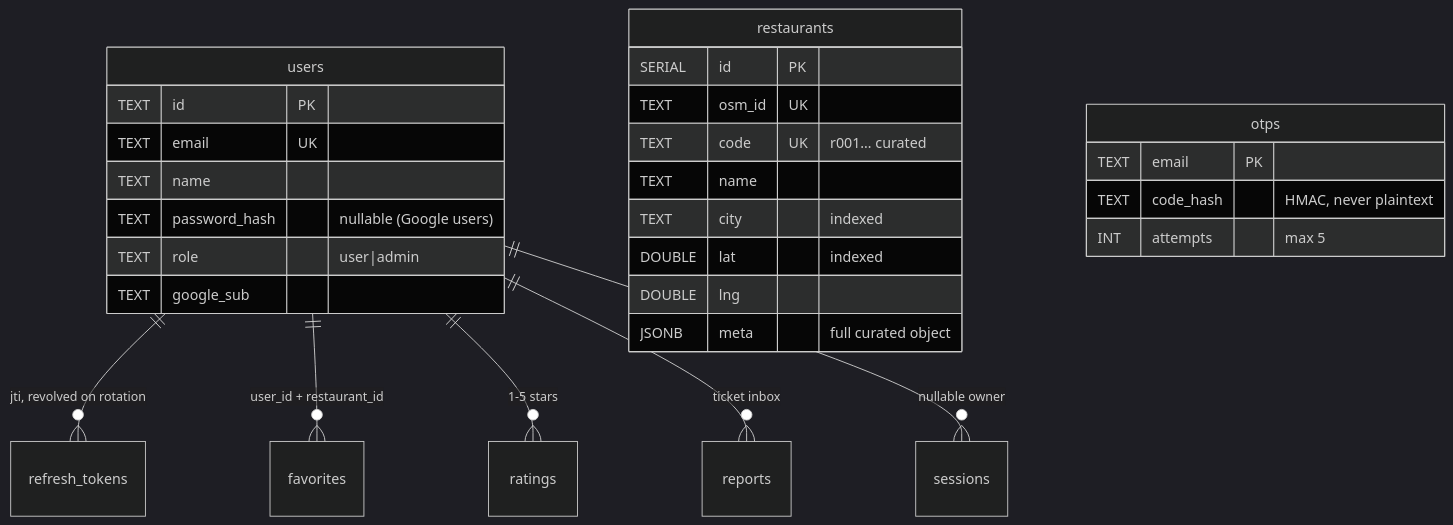
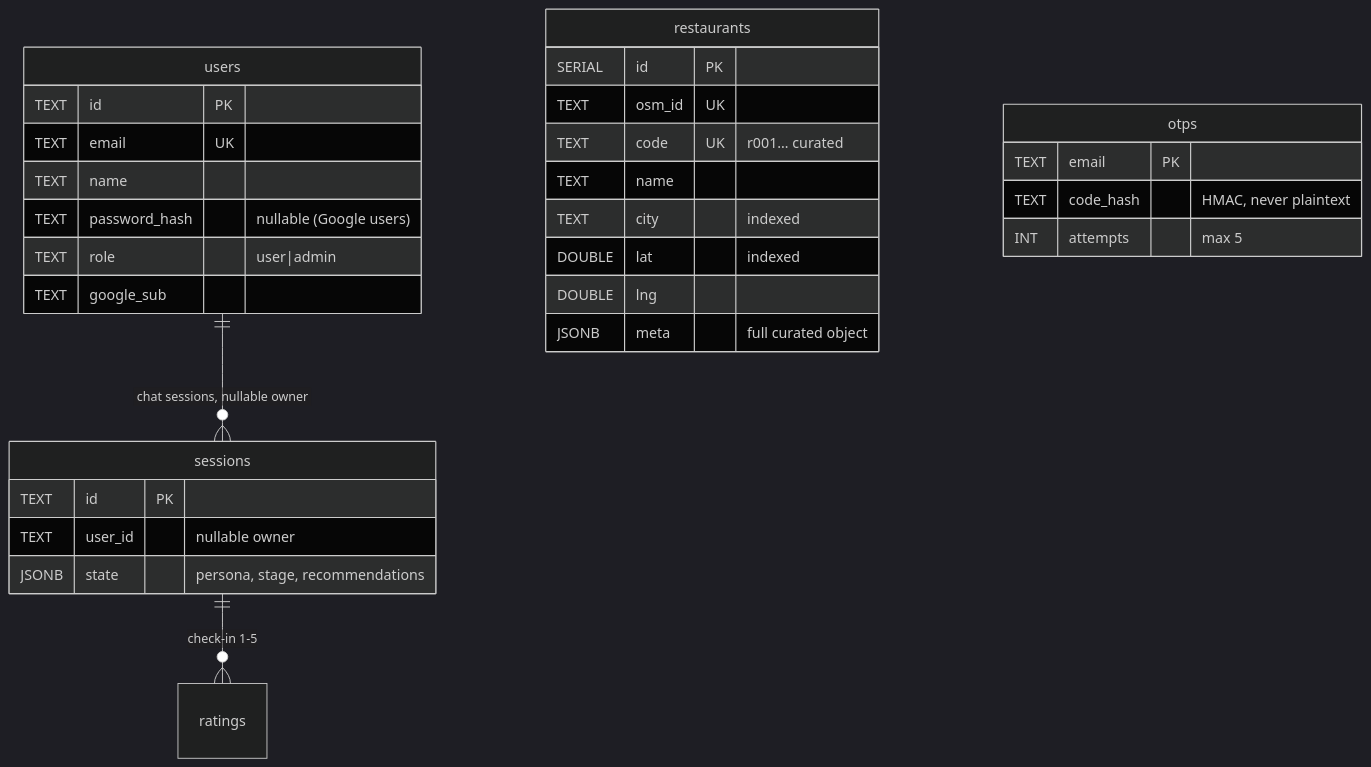
The fourth of 5 diagrams in README.md (hiamrhex/naijaaste-ai), drawn with Mermaid (dark theme) before and after one commit. The commit also changed other lines of this file, not shown here.

````diff
--- a/README.md
+++ b/README.md
@@ -120,31 +121,33 @@
 ```mermaid
 erDiagram
-    users ||--o{ refresh_tokens : "jti, revolved on rotation"
-    users ||--o{ favorites : "user_id + restaurant_id"
-    users ||--o{ ratings : "1-5 stars"
-    users ||--o{ reports : "ticket inbox"
-    users ||--o{ sessions : "nullable owner"
+    users ||--o{ sessions : "chat sessions, nullable owner"
     users {
       TEXT id PK
       TEXT email UK
       TEXT name
       TEXT password_hash "nullable (Google users)"
       TEXT role "user|admin"
       TEXT google_sub
     }
     restaurants {
       SERIAL id PK
       TEXT osm_id UK
       TEXT code UK "r001… curated"
       TEXT name
       TEXT city "indexed"
       DOUBLE lat "indexed"
       DOUBLE lng
       JSONB meta "full curated object"
     }
+    sessions ||--o{ ratings : "check-in 1-5"
+    sessions {
+      TEXT id PK
+      TEXT user_id "nullable owner"
+      JSONB state "persona, stage, recommendations"
+    }
     otps {
       TEXT email PK
       TEXT code_hash "HMAC, never plaintext"
       INT attempts "max 5"
     }
 ```
````
